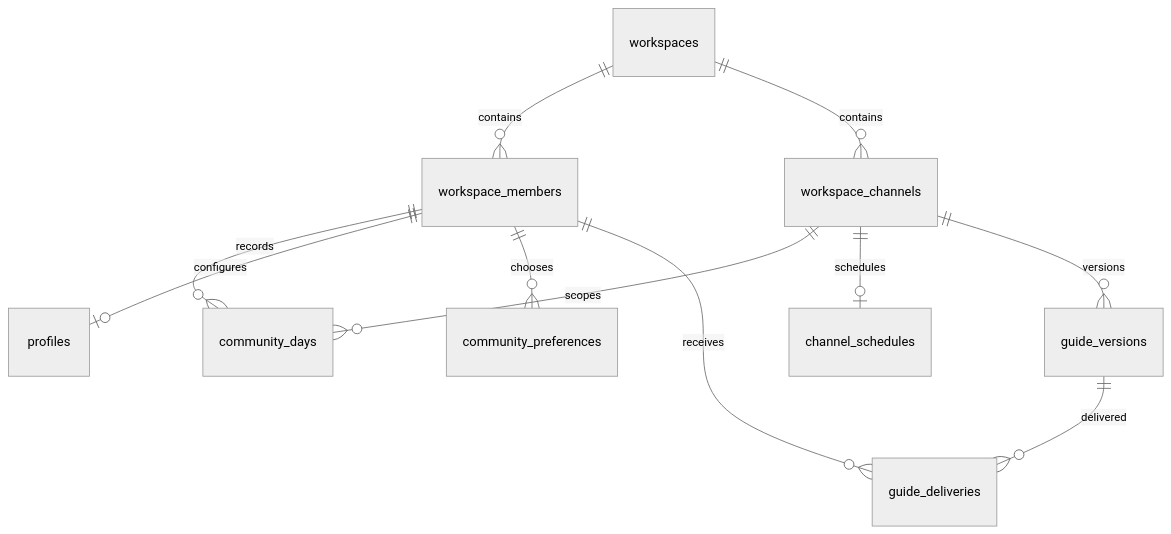
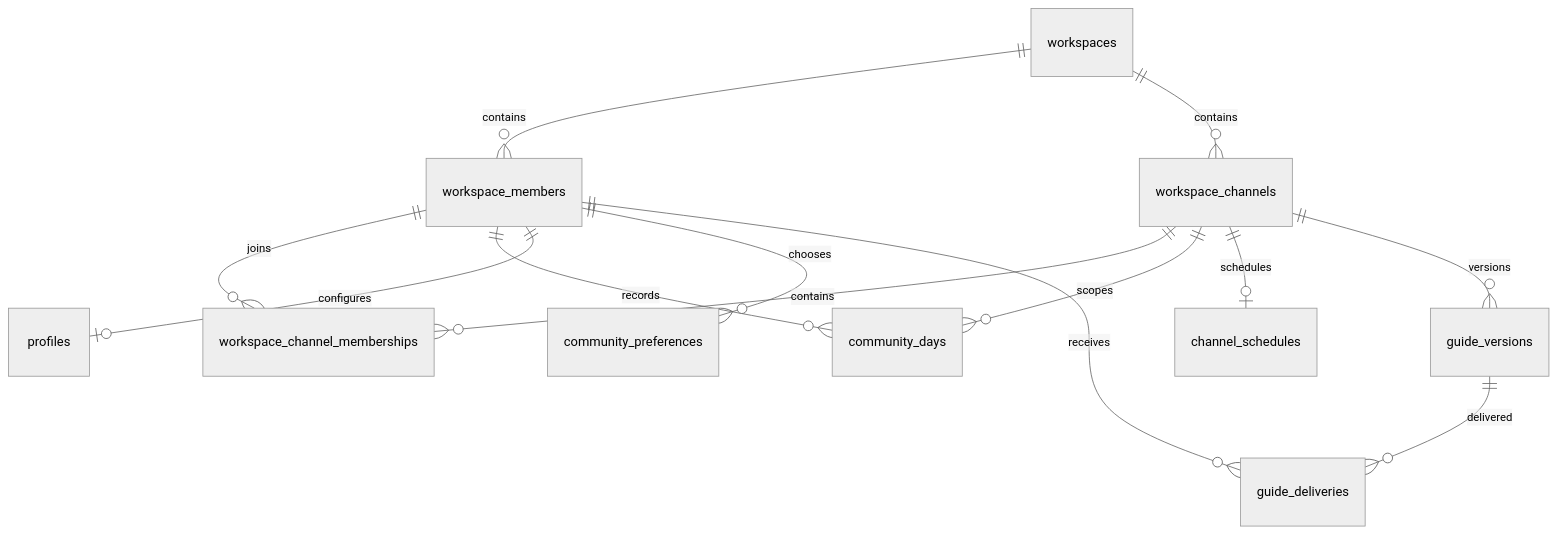
One commit to Betalgeuse/otl1 changed the second of 3 diagrams in docs/ARCHITECTURE.md. Above: the diagram before and after it, drawn with Mermaid (neutral theme). The commit also changed other lines of this file and 322 other files, not shown here.

````diff
--- a/docs/ARCHITECTURE.md
+++ b/docs/ARCHITECTURE.md
@@ -37,13 +58,15 @@
 ```mermaid
 erDiagram
   workspaces ||--o{ workspace_members : contains
   workspaces ||--o{ workspace_channels : contains
+  workspace_members ||--o{ workspace_channel_memberships : joins
+  workspace_channels ||--o{ workspace_channel_memberships : contains
   workspace_members ||--o{ community_days : records
   workspace_channels ||--o{ community_days : scopes
   workspace_members ||--o| profiles : configures
   workspace_members ||--o{ community_preferences : chooses
   workspace_channels ||--o| channel_schedules : schedules
   workspace_channels ||--o{ guide_versions : versions
   guide_versions ||--o{ guide_deliveries : delivered
   workspace_members ||--o{ guide_deliveries : receives
 ```
````
